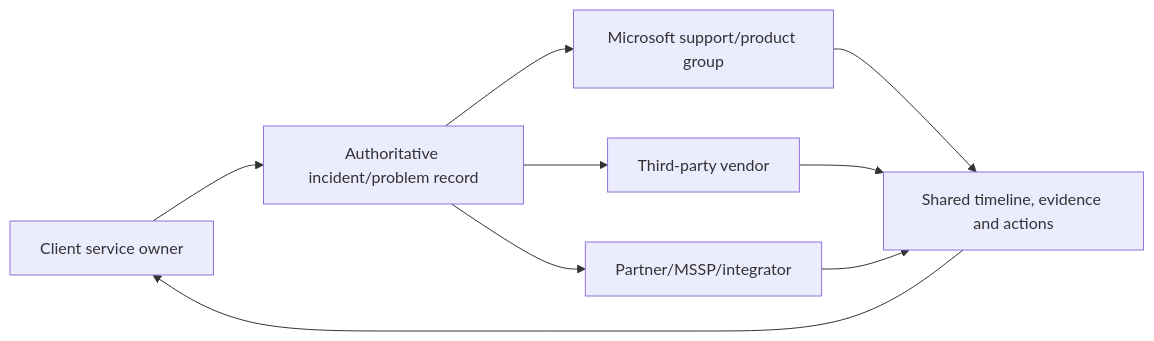
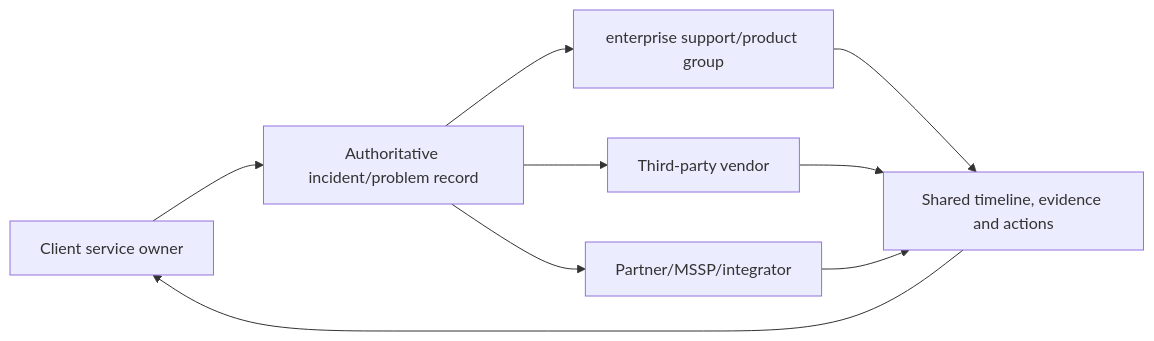
One commit to hichauhan-in/Interview-Prep changed diagram 13 of 17 in Deloitte M365 Security Consultant/prep/Part-59-operational-readiness-raci-soc-runbooks.md. Above: the diagram before and after it, drawn with Mermaid. The commit also changed other lines of this file and 493 other files, not shown here.

````diff
--- a/Deloitte M365 Security Consultant/prep/Part-59-operational-readiness-raci-soc-runbooks.md
+++ b/Deloitte M365 Security Consultant/prep/Part-59-operational-readiness-raci-soc-runbooks.md
@@ -505,11 +505,11 @@
 ```mermaid
 flowchart LR
     CLIENT[Client service owner] --> CASE[Authoritative incident/problem record]
-    CASE --> MS[Microsoft support/product group]
+    CASE --> MS[enterprise support/product group]
     CASE --> THIRD[Third-party vendor]
     CASE --> PARTNER[Partner/MSSP/integrator]
     MS --> SHARED[Shared timeline, evidence and actions]
     THIRD --> SHARED
     PARTNER --> SHARED
     SHARED --> CLIENT
 ```
````
